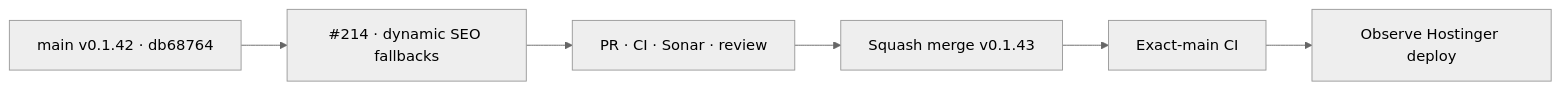
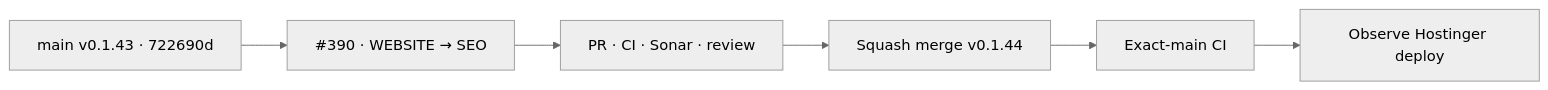
Before and after one commit to pl0n3r/brvtal: the diagram in README.md, drawn with Mermaid (neutral theme). The commit also changed other lines of this file, not shown here.

Commit message:
docs: snapshot centralized SEO candidate

````diff
--- a/README.md
+++ b/README.md
@@ -53,8 +54,8 @@
 ```mermaid
 flowchart LR
- B["main v0.1.42 · db68764"] --> S["#214 · dynamic SEO fallbacks"]
+ B["main v0.1.43 · 722690d"] --> S["#390 · WEBSITE → SEO"]
  S --> P["PR · CI · Sonar · review"]
- P --> M["Squash merge v0.1.43"]
+ P --> M["Squash merge v0.1.44"]
  M --> X["Exact-main CI"]
  X --> D["Observe Hostinger deploy"]
 ```
````
